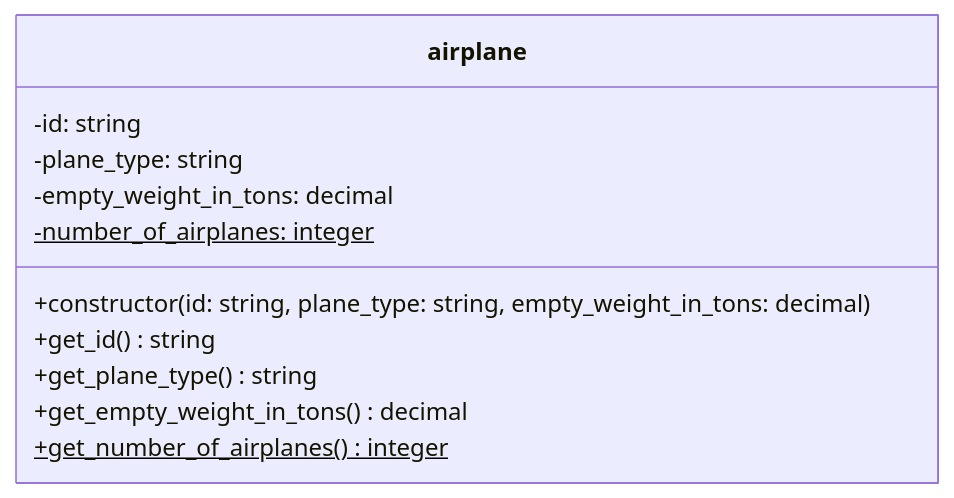
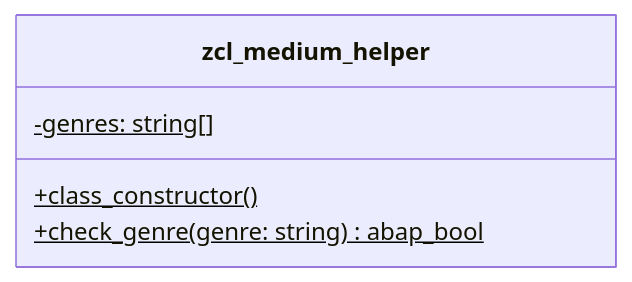
The diagram in docs/exercises/abap-objects/abap-objects-04.md (appenmaier/s4hana), drawn with Mermaid before and after one commit. The commit also changed other lines of this file and 8 other files, not shown here.

````diff
--- a/docs/exercises/abap-objects/abap-objects-04.md
+++ b/docs/exercises/abap-objects/abap-objects-04.md
@@ -11,14 +11,8 @@
 ```mermaid
 classDiagram
-   class airplane {
-      -id: string
-      -plane_type: string
-      -empty_weight_in_tons: decimal
-      -number_of_airplanes: integer$
-      +constructor(id: string, plane_type: string, empty_weight_in_tons: decimal)
-      +get_id() string
-      +get_plane_type() string
-      +get_empty_weight_in_tons() decimal
-      +get_number_of_airplanes() integer$
+   class zcl_medium_helper {
+      -genres: string[]$
+      +class_constructor()$
+      +check_genre(genre: string) abap_bool$
    }
 ```
````
